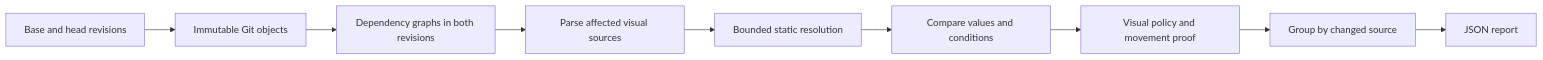
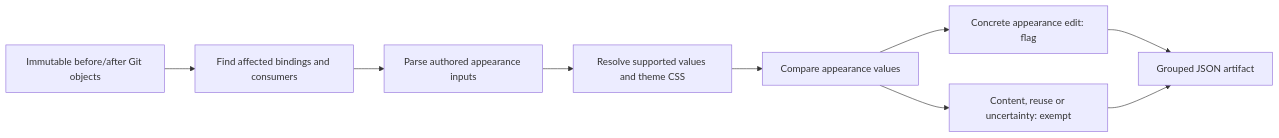
One commit to simstudioai/sim changed the diagram in scripts/design-diff/README.md. Above: the diagram before and after it, drawn with Mermaid. The commit also changed other lines of this file and 28 other files, not shown here.

Commit message:
fix: restrict design notifications to authored appearance changes

````diff
--- a/scripts/design-diff/README.md
+++ b/scripts/design-diff/README.md
@@ -85,11 +57,11 @@
 ```mermaid
 flowchart LR
-  Revisions[Base and head revisions] --> Git[Immutable Git objects]
-  Git --> Graph[Dependency graphs in both revisions]
-  Graph --> Extract[Parse affected visual sources]
-  Extract --> Resolve[Bounded static resolution]
-  Resolve --> Compare[Compare values and conditions]
-  Compare --> Policy[Visual policy and movement proof]
-  Policy --> Group[Group by changed source]
-  Group --> JSON[JSON report]
+  Git[Immutable before/after Git objects] --> Graph[Find affected bindings and consumers]
+  Graph --> Parse[Parse authored appearance inputs]
+  Parse --> Resolve[Resolve supported values and theme CSS]
+  Resolve --> Compare[Compare appearance values]
+  Compare --> Flag[Concrete appearance edit: flag]
+  Compare --> Exempt[Content, reuse or uncertainty: exempt]
+  Flag --> JSON[Grouped JSON artifact]
+  Exempt --> JSON
 ```
````
